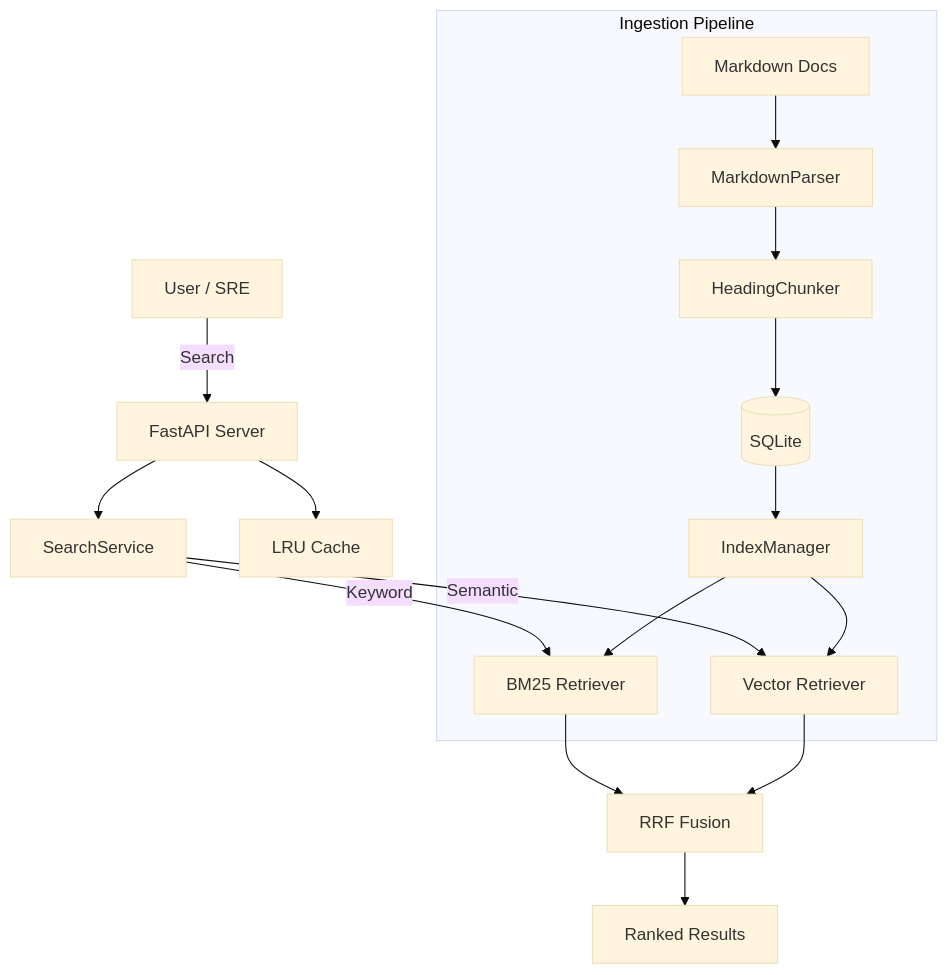
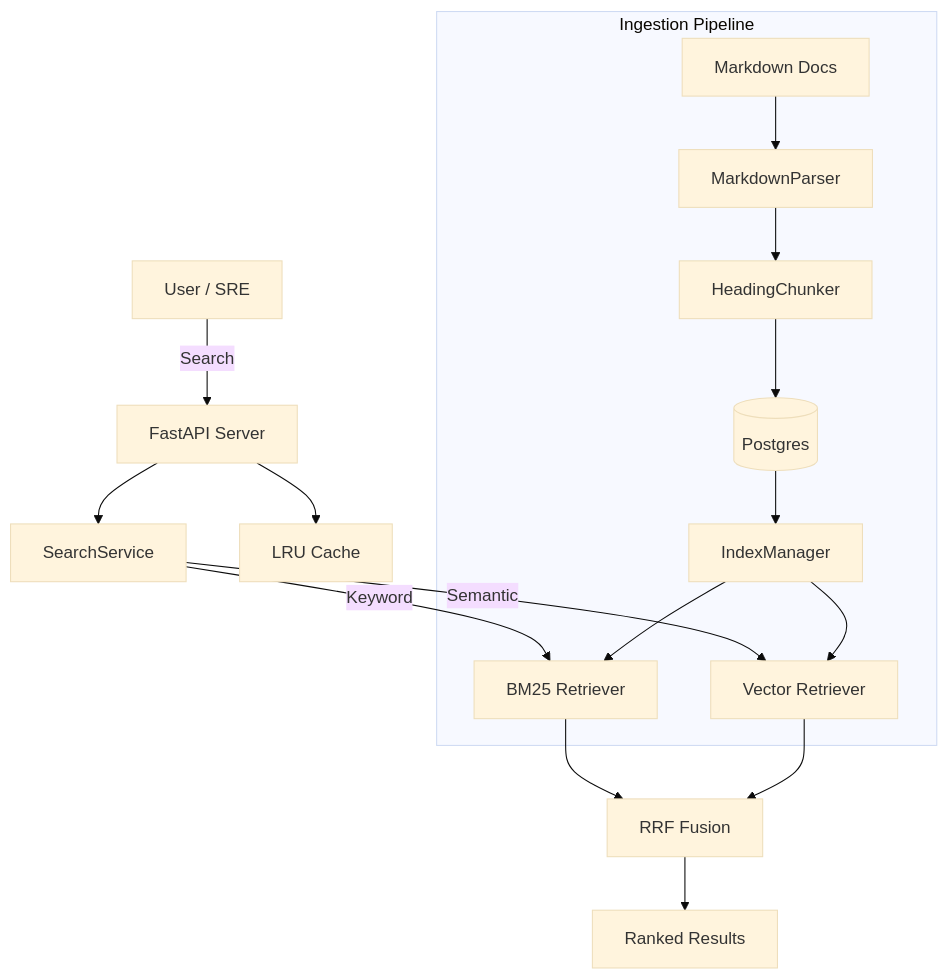
The diagram in README.md (almastelek/RunbookQuery), drawn with Mermaid (base theme) before and after one commit.

````diff
--- a/README.md
+++ b/README.md
@@ -28,23 +28,23 @@
 ```mermaid
 graph TD
     User[User / SRE] -->|Search| API[FastAPI Server]
     API --> Cache[LRU Cache]
     API --> Service[SearchService]
     
     Service -->|Keyword| BM25[BM25 Retriever]
     Service -->|Semantic| Vector[Vector Retriever]
     
     BM25 --> RRF[RRF Fusion]
     Vector --> RRF
     
     RRF --> Results[Ranked Results]
     
     subgraph Ingestion Pipeline
         Docs[Markdown Docs] --> Parser[MarkdownParser]
         Parser --> Chunker[HeadingChunker]
-        Chunker --> DB[(SQLite)]
+        Chunker --> DB[(Postgres)]
         DB --> Indexer[IndexManager]
         Indexer --> BM25
         Indexer --> Vector
     end
 ```
````
